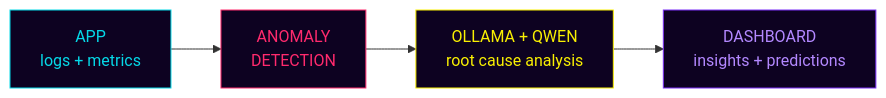
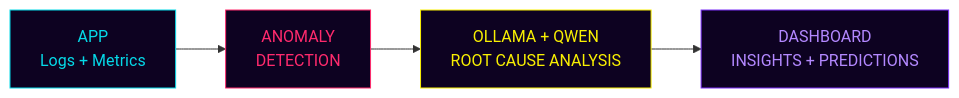
One commit to adityx-lab/adityx-lab changed the diagram in README.md. Above: the diagram before and after it, drawn with Mermaid. The commit also changed other lines of this file, not shown here.

````diff
--- a/README.md
+++ b/README.md
@@ -51,10 +56,10 @@
 ```mermaid
 flowchart LR
-    A["APP<br/>logs + metrics"] --> B["ANOMALY<br/>DETECTION"]
-    B --> C["OLLAMA + QWEN<br/>root cause analysis"]
-    C --> D["DASHBOARD<br/>insights + predictions"]
+    A["APP<br/>Logs + Metrics"] --> B["ANOMALY<br/>DETECTION"]
+    B --> C["OLLAMA + QWEN<br/>ROOT CAUSE ANALYSIS"]
+    C --> D["DASHBOARD<br/>INSIGHTS + PREDICTIONS"]
     style A fill:#0D0221,stroke:#05D9E8,color:#05D9E8
     style B fill:#0D0221,stroke:#FF2A6D,color:#FF2A6D
     style C fill:#0D0221,stroke:#F9F002,color:#F9F002
     style D fill:#0D0221,stroke:#7B2FF7,color:#B388FF
 ```
````
